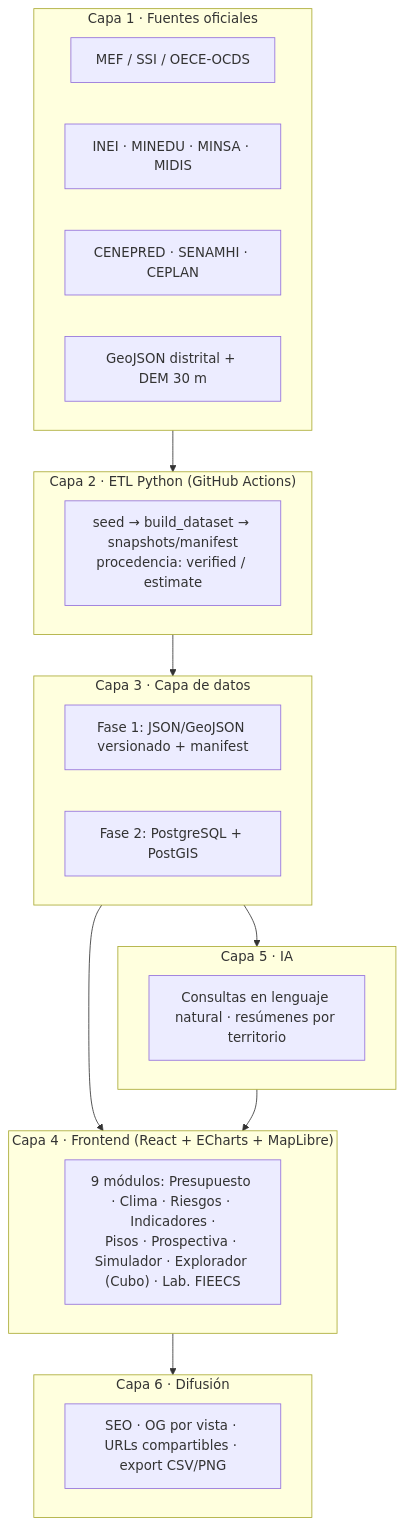
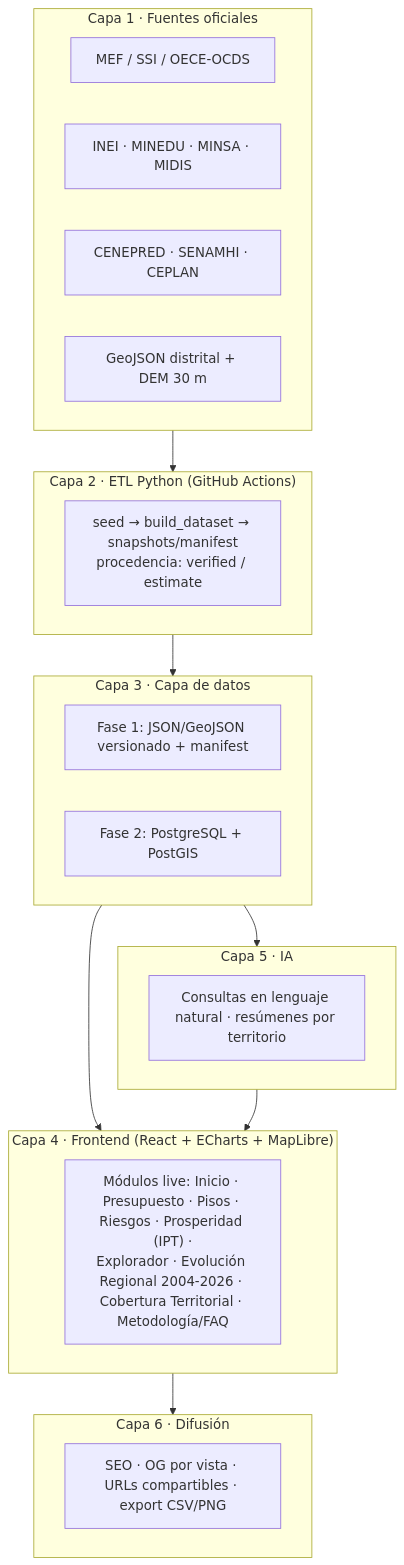
The first of 4 diagrams in docs/QHAWAY_PROPUESTA.md (unimauro/qhaway-observatorio-2026), drawn with Mermaid before and after one commit. The commit also changed other lines of this file and 1 other file, not shown here.

Commit message:
Propuesta: actualización integral — menú real de 9 módulos live, Evolución Regional + Cobertura (§8.9/8.10), serie 2004-2026, roadmap con entregados reales

````diff
--- a/docs/QHAWAY_PROPUESTA.md
+++ b/docs/QHAWAY_PROPUESTA.md
@@ -226,29 +230,29 @@
 ```mermaid
 flowchart TB
   subgraph C1["Capa 1 · Fuentes oficiales"]
     F1["MEF / SSI / OECE-OCDS"]
     F2["INEI · MINEDU · MINSA · MIDIS"]
     F3["CENEPRED · SENAMHI · CEPLAN"]
     F4["GeoJSON distrital + DEM 30 m"]
   end
   subgraph C2["Capa 2 · ETL Python (GitHub Actions)"]
     E1["seed → build_dataset → snapshots/manifest<br/>procedencia: verified / estimate"]
   end
   subgraph C3["Capa 3 · Capa de datos"]
     D1["Fase 1: JSON/GeoJSON versionado + manifest"]
     D2["Fase 2: PostgreSQL + PostGIS"]
   end
   subgraph C4["Capa 4 · Frontend (React + ECharts + MapLibre)"]
-    M1["9 módulos: Presupuesto · Clima · Riesgos · Indicadores ·<br/>Pisos · Prospectiva · Simulador · Explorador (Cubo) · Lab. FIEECS"]
+    M1["Módulos live: Inicio · Presupuesto · Pisos · Riesgos · Prosperidad (IPT) ·<br/>Explorador · Evolución Regional 2004-2026 · Cobertura Territorial · Metodología/FAQ"]
   end
   subgraph C5["Capa 5 · IA"]
     A1["Consultas en lenguaje natural · resúmenes por territorio"]
   end
   subgraph C6["Capa 6 · Difusión"]
     S1["SEO · OG por vista · URLs compartibles · export CSV/PNG"]
   end
   C1 --> C2 --> C3 --> C4
   C3 --> C5
   C5 --> C4
   C4 --> C6
 ```
````
